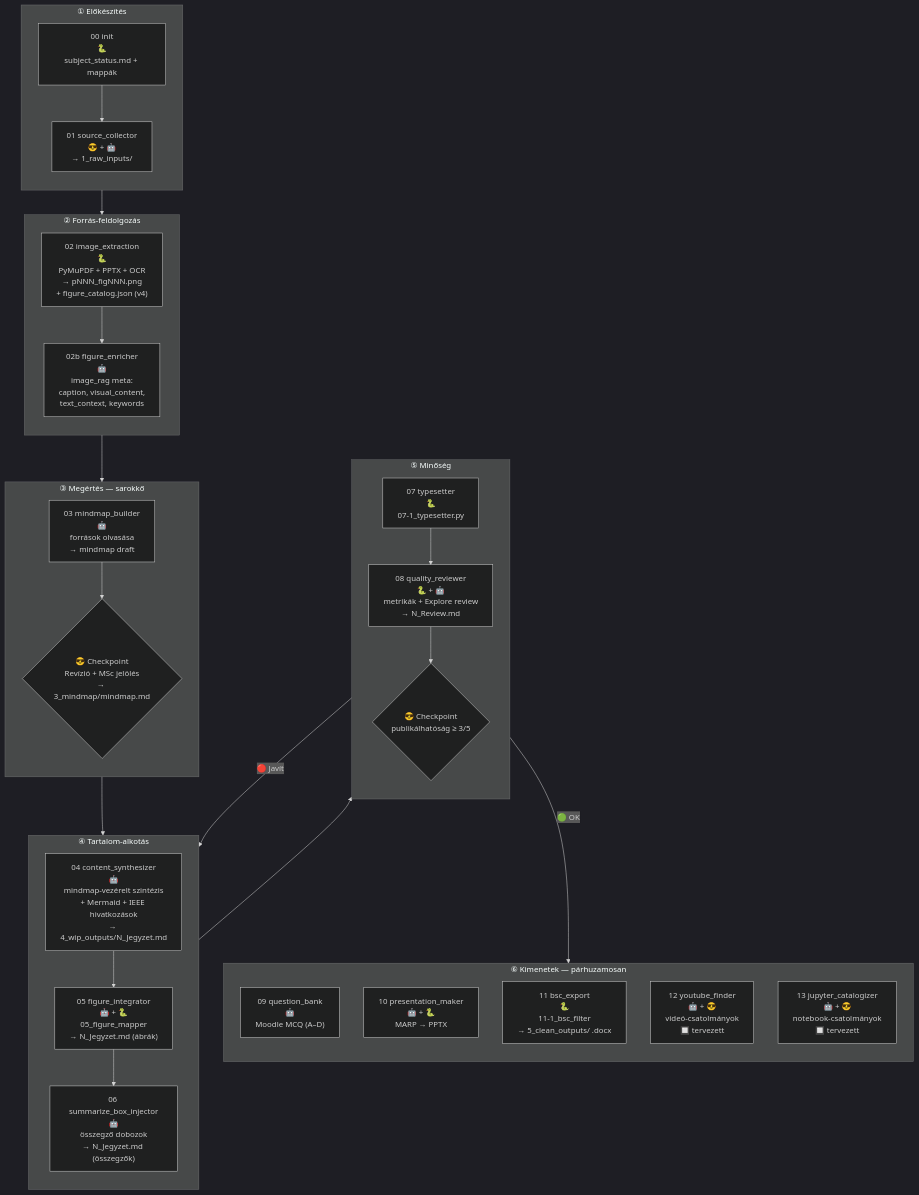
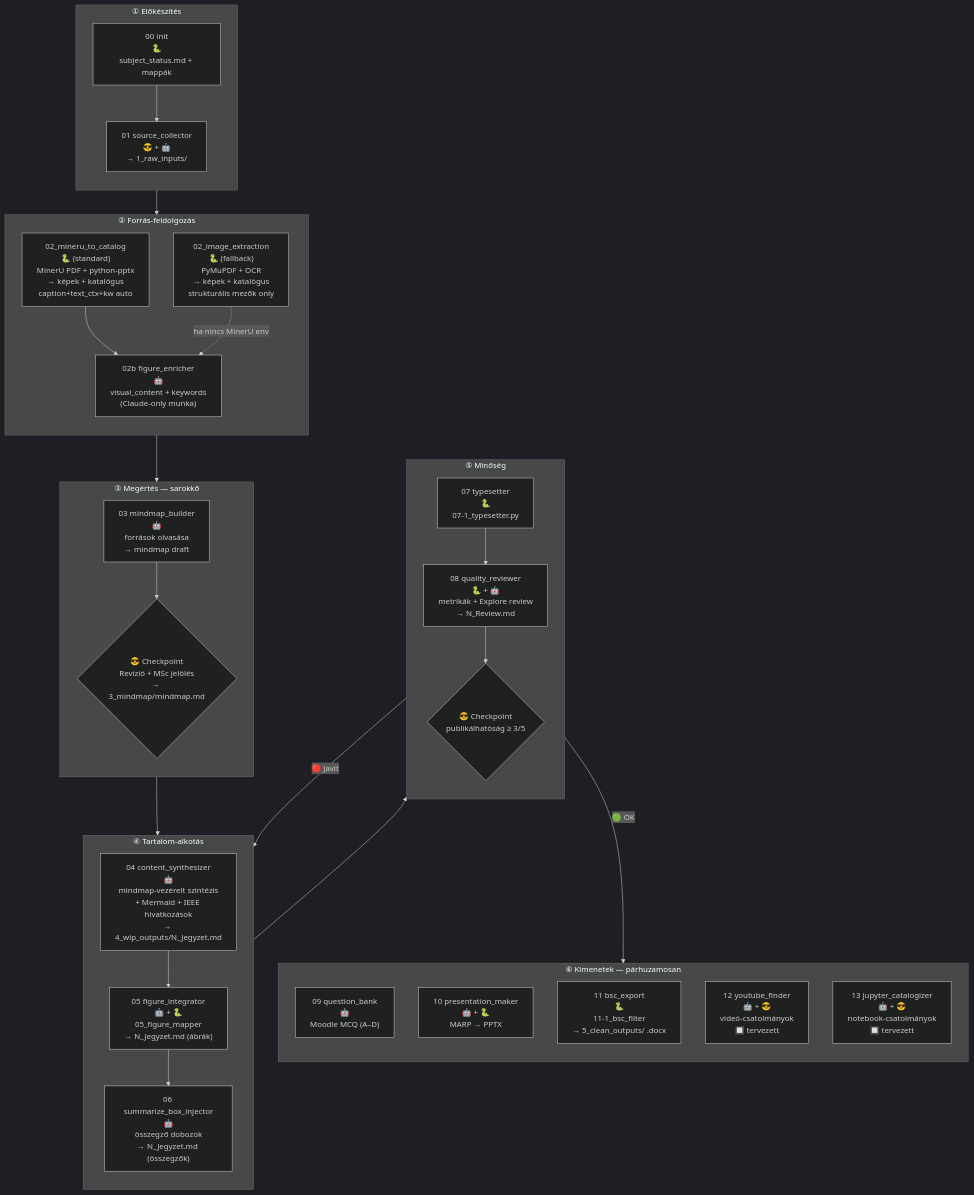
The diagram in .claude/pipeline.md (InutilemMachina/claude_course), drawn with Mermaid (dark theme) before and after one commit. The commit also changed other lines of this file and 14 other files, not shown here.

First line of the commit message:
feat(image_rag_OCR): MinerU-first pipeline + OCR komparat kutatás

````diff
--- a/.claude/pipeline.md
+++ b/.claude/pipeline.md
@@ -50,52 +51,54 @@
 ```mermaid
 flowchart TD
     subgraph INIT["① Előkészítés"]
         direction TB
         I0["00 init<br>🐍<br>subject_status.md + mappák"]
         I1["01 source_collector<br>😎 + 🤖<br>→ 1_raw_inputs/"]
         I0 --> I1
     end
 
     subgraph EXT["② Forrás-feldolgozás"]
         direction TB
-        E1["02 image_extraction<br>🐍<br>PyMuPDF + PPTX + OCR<br>→ pNNN_figNNN.png<br>+ figure_catalog.json (v4)"]
-        E2["02b figure_enricher<br>🤖<br>image_rag meta:<br>caption, visual_content,<br>text_context, keywords"]
-        E1 --> E2
+        E1m["02_mineru_to_catalog<br>🐍 (standard)<br>MinerU PDF + python-pptx<br>→ képek + katalógus<br>caption+text_ctx+kw auto"]
+        E1["02_image_extraction<br>🐍 (fallback)<br>PyMuPDF + OCR<br>→ képek + katalógus<br>strukturális mezők only"]
+        E2["02b figure_enricher<br>🤖<br>visual_content + keywords<br>(Claude-only munka)"]
+        E1m --> E2
+        E1 -.->|"ha nincs MinerU env"| E2
     end
 
     subgraph UNDERSTAND["③ Megértés — sarokkő"]
         direction TB
         U1["03 mindmap_builder<br>🤖<br>források olvasása<br>→ mindmap draft"]
         U2{"😎 Checkpoint<br>Revízió + MSc jelölés<br>→ 3_mindmap/mindmap.md"}
         U1 --> U2
     end
 
     subgraph CREATE["④ Tartalom-alkotás"]
         direction TB
         C1["04 content_synthesizer<br>🤖<br>mindmap-vezérelt szintézis<br>+ Mermaid + IEEE hivatkozások<br>→ 4_wip_outputs/N_Jegyzet.md"]
         C2["05 figure_integrator<br>🤖 + 🐍<br>05_figure_mapper<br>→ N_Jegyzet.md (ábrák)"]
         C3["06 summarize_box_injector<br>🤖<br>összegző dobozok<br>→ N_Jegyzet.md (összegzők)"]
         C1 --> C2 --> C3
     end
 
     subgraph QUALITY["⑤ Minőség"]
         direction TB
         Q1["07 typesetter<br>🐍<br>07-1_typesetter.py"]
         Q2["08 quality_reviewer<br>🐍 + 🤖<br>metrikák + Explore review<br>→ N_Review.md"]
         Q3{"😎 Checkpoint<br>publikálhatóság ≥ 3/5"}
         Q1 --> Q2 --> Q3
     end
 
     subgraph OUTPUT["⑥ Kimenetek — párhuzamosan"]
         direction TB
         O1["09 question_bank<br>🤖<br>Moodle MCQ (A–D)"]
         O2["10 presentation_maker<br>🤖 + 🐍<br>MARP → PPTX"]
         O3["11 bsc_export<br>🐍<br>11-1_bsc_filter<br>→ 5_clean_outputs/ .docx"]
         O4["12 youtube_finder<br>🤖 + 😎<br>videó-csatolmányok<br>🔲 tervezett"]
         O5["13 jupyter_catalogizer<br>🤖 + 😎<br>notebook-csatolmányok<br>🔲 tervezett"]
     end
 
     INIT --> EXT --> UNDERSTAND --> CREATE --> QUALITY
     Q3 -->|"🟢 OK"| OUTPUT
     Q3 -->|"🔴 Javít"| CREATE
 ```
````
